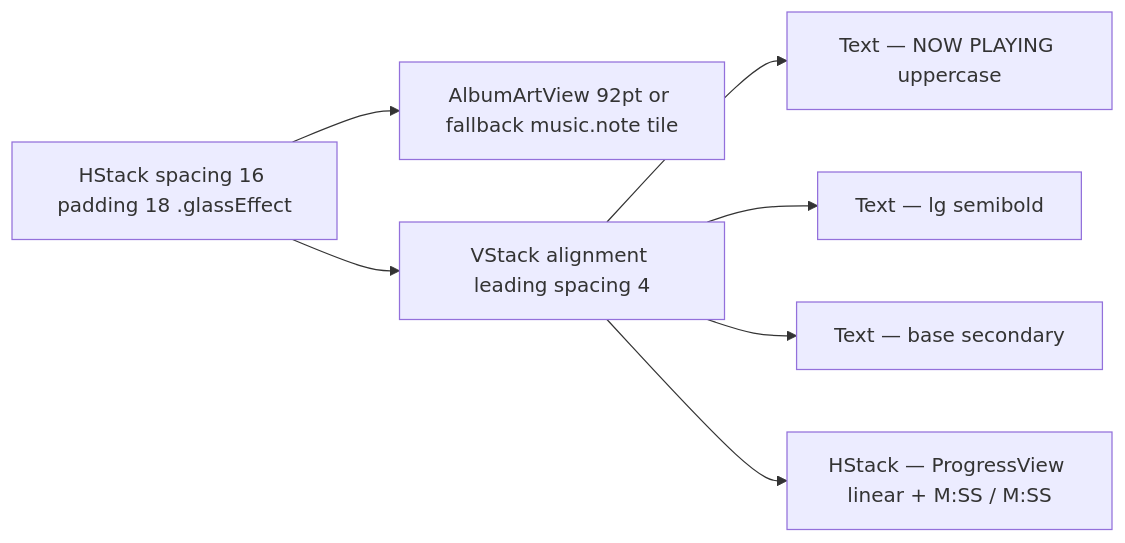
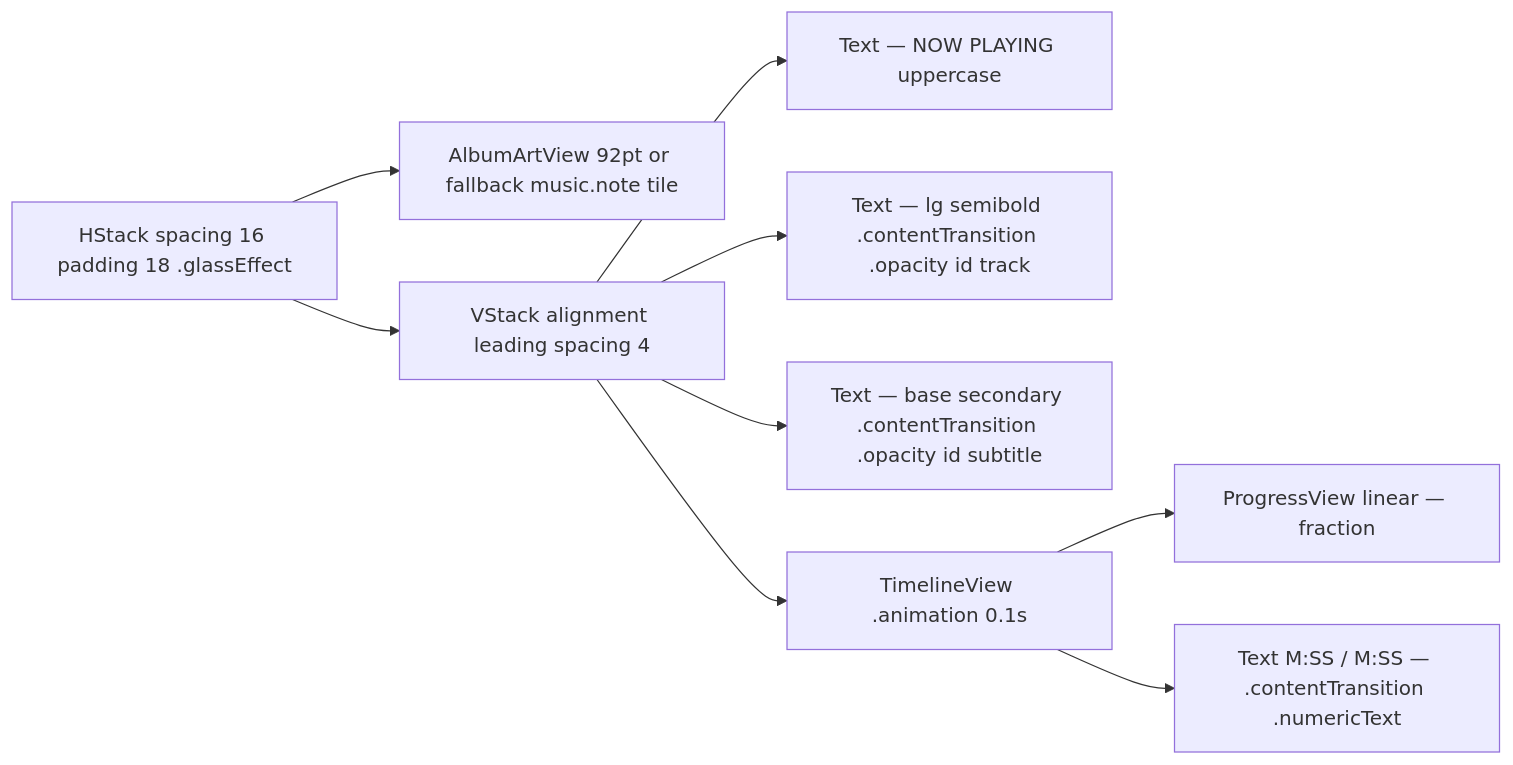
One commit to MrDemonWolf/WolfWave changed the diagram in design-system/components/now-playing-hero-card.md. Above: the diagram before and after it, drawn with Mermaid. The commit also changed other lines of this file and 40 other files, not shown here.

````diff
--- a/design-system/components/now-playing-hero-card.md
+++ b/design-system/components/now-playing-hero-card.md
@@ -40,9 +50,11 @@
 ```mermaid
 graph LR
   Card[HStack spacing 16 padding 18 .glassEffect] --> Art[AlbumArtView 92pt or fallback music.note tile]
   Card --> Text[VStack alignment leading spacing 4]
   Text --> Eyebrow[Text — NOW PLAYING uppercase]
-  Text --> Title[Text — lg semibold]
-  Text --> Subtitle[Text — base secondary]
-  Text --> Progress[HStack — ProgressView linear + M:SS / M:SS]
+  Text --> Title[Text — lg semibold .contentTransition .opacity id track]
+  Text --> Subtitle[Text — base secondary .contentTransition .opacity id subtitle]
+  Text --> Progress[TimelineView .animation 0.1s]
+  Progress --> Bar[ProgressView linear — fraction]
+  Progress --> Stamp[Text M:SS / M:SS — .contentTransition .numericText]
 ```
````
